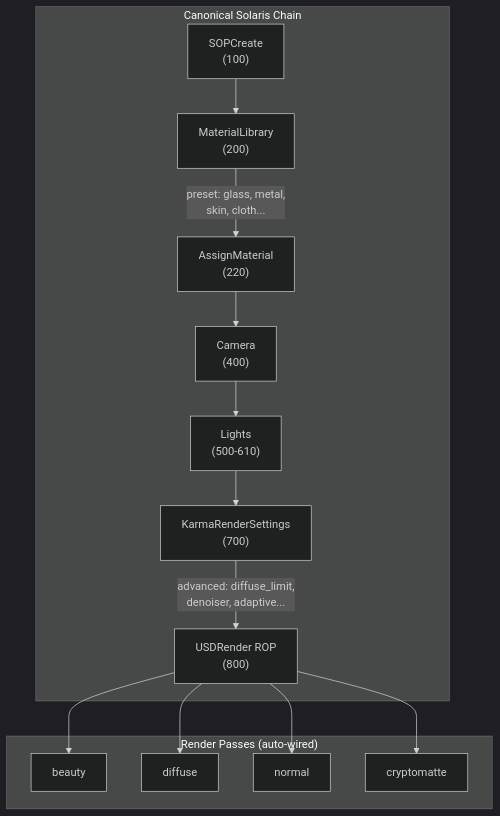
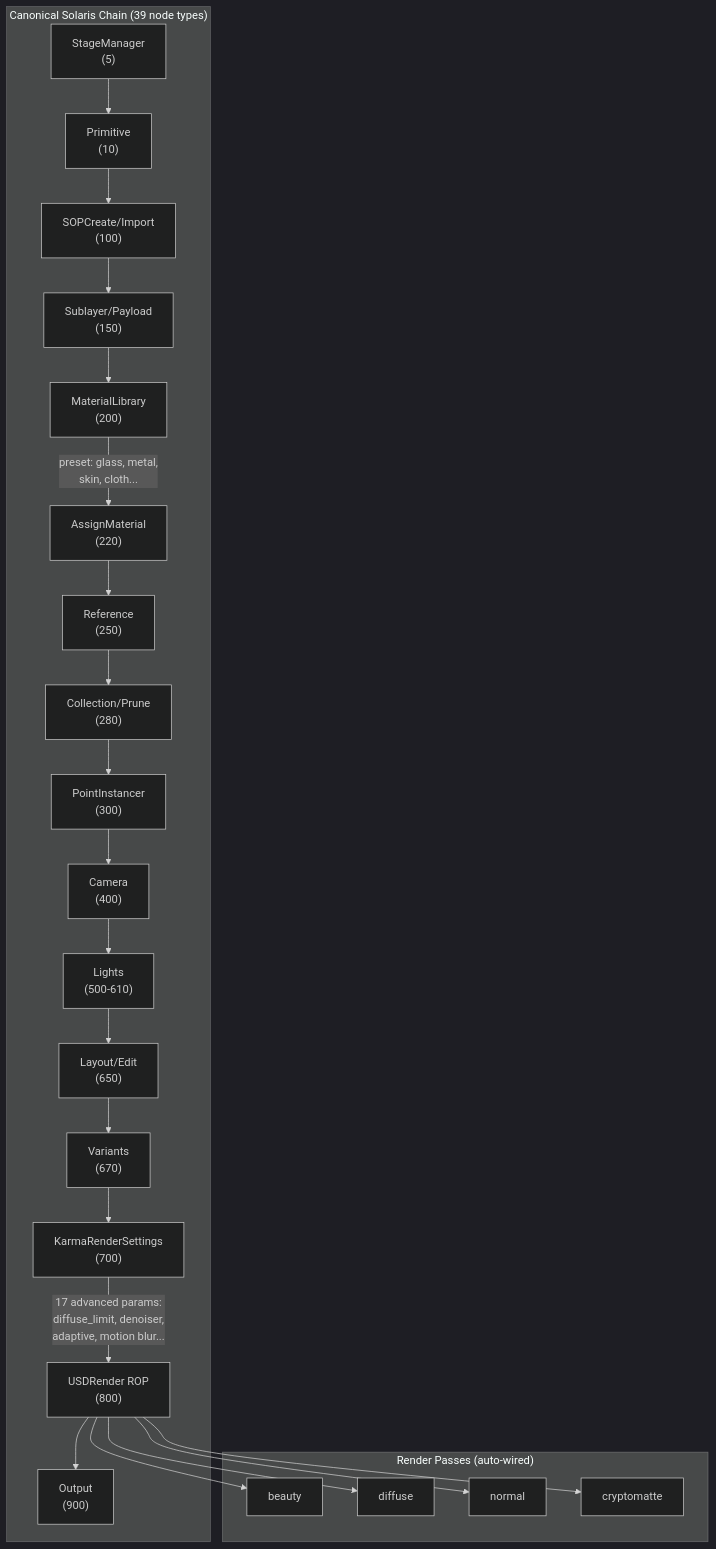
Before and after one commit to JosephOIbrahim/Synapse: the third of 8 diagrams in README.md, drawn with Mermaid (dark theme). The commit also changed other lines of this file, not shown here.

First line of the commit message:
README: mermaid diagrams for bridge safety, expanded Solaris chain, introspection

````diff
--- a/README.md
+++ b/README.md
@@ -435,17 +439,26 @@
 ```mermaid
 flowchart TB
-    subgraph Chain["Canonical Solaris Chain"]
-        SOP["SOPCreate\n(100)"] --> MatLib["MaterialLibrary\n(200)"]
+    subgraph Chain["Canonical Solaris Chain (39 node types)"]
+        Stage["StageManager\n(5)"] --> Prim["Primitive\n(10)"]
+        Prim --> SOP["SOPCreate/Import\n(100)"]
+        SOP --> Sub["Sublayer/Payload\n(150)"]
+        Sub --> MatLib["MaterialLibrary\n(200)"]
         MatLib --> |"preset: glass, metal,\nskin, cloth..."| Assign["AssignMaterial\n(220)"]
-        Assign --> Cam["Camera\n(400)"]
+        Assign --> Ref["Reference\n(250)"]
+        Ref --> Coll["Collection/Prune\n(280)"]
+        Coll --> Inst["PointInstancer\n(300)"]
+        Inst --> Cam["Camera\n(400)"]
         Cam --> Light["Lights\n(500-610)"]
-        Light --> Karma["KarmaRenderSettings\n(700)"]
-        Karma --> |"advanced: diffuse_limit,\ndenoiser, adaptive..."| ROP["USDRender ROP\n(800)"]
+        Light --> Layout["Layout/Edit\n(650)"]
+        Layout --> Var["Variants\n(670)"]
+        Var --> Karma["KarmaRenderSettings\n(700)"]
+        Karma --> |"17 advanced params:\ndiffuse_limit, denoiser,\nadaptive, motion blur..."| ROP["USDRender ROP\n(800)"]
+        ROP --> Out["Output\n(900)"]
     end
     subgraph AOV["Render Passes (auto-wired)"]
         ROP --> Beauty["beauty"]
         ROP --> Diff["diffuse"]
         ROP --> Norm["normal"]
         ROP --> Crypto["cryptomatte"]
     end
 ```
````
